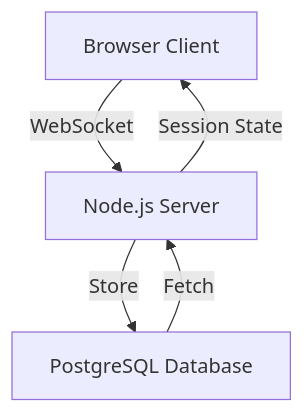
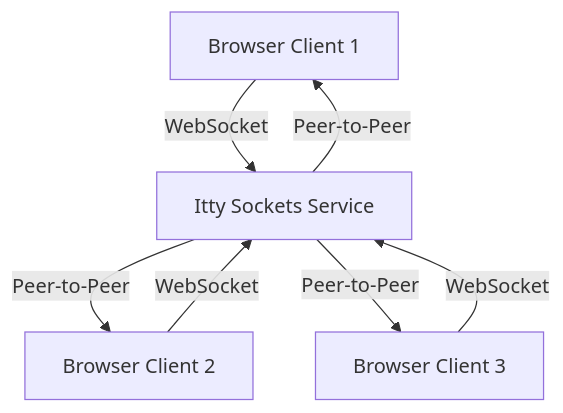
Before and after one commit to benjiekibblewhite/scrum-poker: the diagram in README.md, drawn with Mermaid. The commit also changed other lines of this file and 2 other files, not shown here.

First line of the commit message:
feat: migrate to itty-sockets for peer-to-peer communication

````diff
--- a/README.md
+++ b/README.md
@@ -7,7 +7,9 @@
 ```mermaid
 graph TD
-    Client[Browser Client] -->|WebSocket| Server[Node.js Server]
-    Server -->|Session State| Client
-    Server -->|Store| Database[PostgreSQL Database]
-    Database -->|Fetch| Server
+    Client1[Browser Client 1] -->|WebSocket| IttySockets[Itty Sockets Service]
+    Client2[Browser Client 2] -->|WebSocket| IttySockets
+    Client3[Browser Client 3] -->|WebSocket| IttySockets
+    IttySockets -->|Peer-to-Peer| Client1
+    IttySockets -->|Peer-to-Peer| Client2
+    IttySockets -->|Peer-to-Peer| Client3
 ```
````
